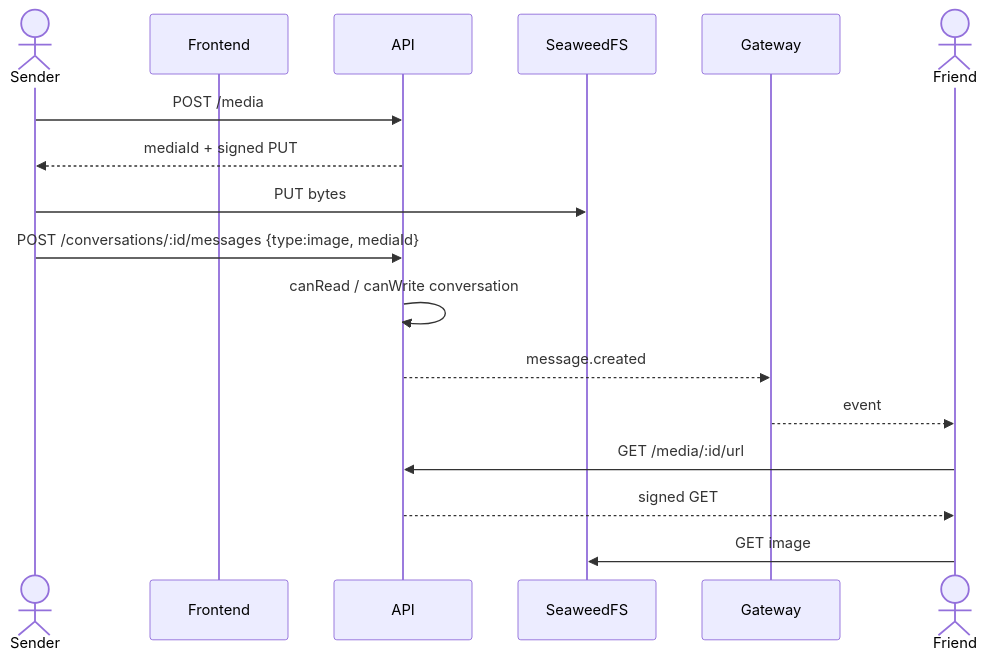
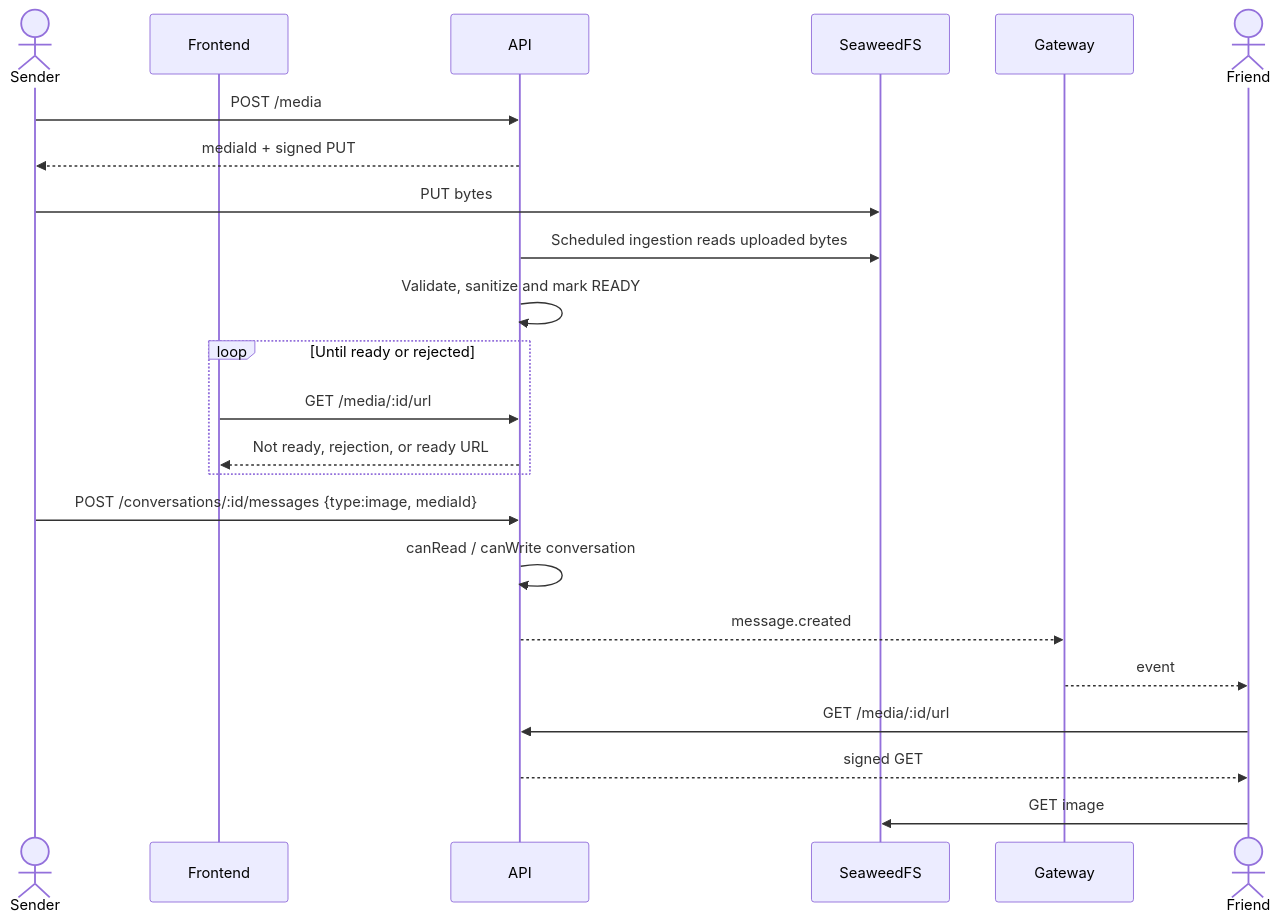
The fourth of 5 diagrams in 60-UML-diagrams/03-Sequence.md (Projet-de-compensation-2025-2026/gym-buddy-documentation), drawn with Mermaid before and after one commit. The commit also changed 33 other files, not shown here.

````diff
--- a/60-UML-diagrams/03-Sequence.md
+++ b/60-UML-diagrams/03-Sequence.md
@@ -79,20 +79,26 @@
 ```mermaid
 sequenceDiagram
   actor A as Sender
   participant FE as Frontend
   participant API as API
   participant S3 as SeaweedFS
   participant WS as Gateway
   actor B as Friend
 
   A->>API: POST /media
   API-->>A: mediaId + signed PUT
   A->>S3: PUT bytes
+  API->>S3: Scheduled ingestion reads uploaded bytes
+  API->>API: Validate, sanitize and mark READY
+  loop Until ready or rejected
+    FE->>API: GET /media/:id/url
+    API-->>FE: Not ready, rejection, or ready URL
+  end
   A->>API: POST /conversations/:id/messages {type:image, mediaId}
   API->>API: canRead / canWrite conversation
   API-->>WS: message.created
   WS-->>B: event
   B->>API: GET /media/:id/url
   API-->>B: signed GET
   B->>S3: GET image
 ```
````
